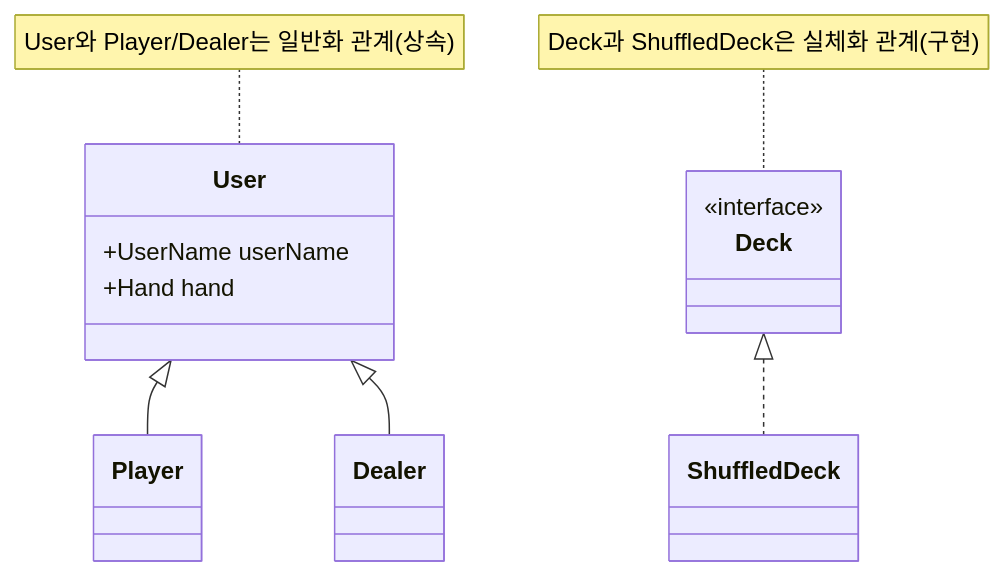
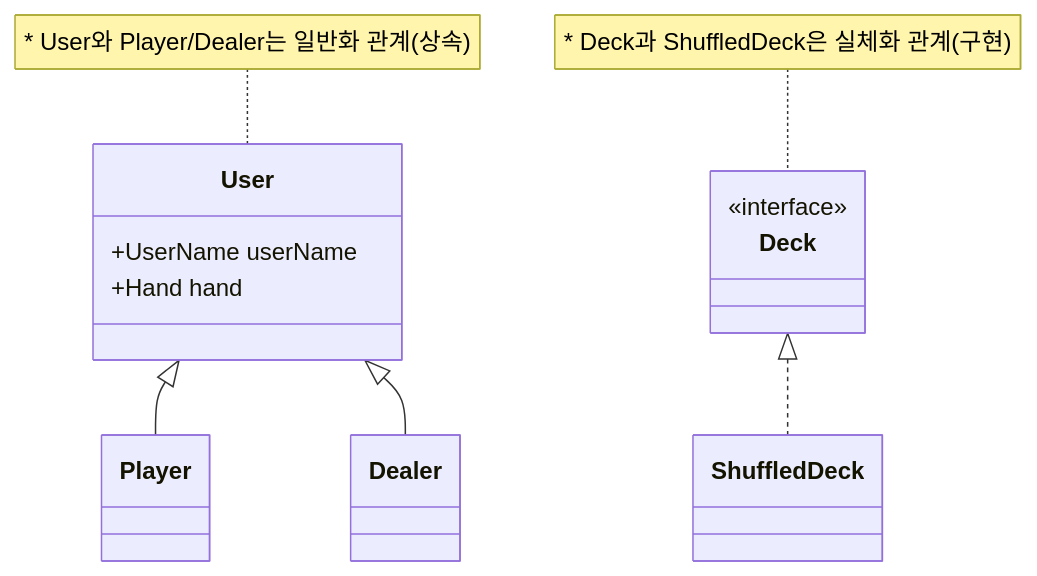
Before and after one commit to woowacourse/java-blackjack: the second of 3 diagrams in README.md, drawn with Mermaid. The commit also changed other lines of this file and 5 other files, not shown here.

````diff
--- a/README.md
+++ b/README.md
@@ -27,13 +27,13 @@
 ```mermaid
 classDiagram
     User <|-- Player
     User <|-- Dealer
     Deck <|.. ShuffledDeck
     <<interface>> Deck
-    note for User "User와 Player/Dealer는 일반화 관계(상속)"
-    note for Deck "Deck과 ShuffledDeck은 실체화 관계(구현)"
+    note for User "* User와 Player/Dealer는 일반화 관계(상속)"
+    note for Deck "* Deck과 ShuffledDeck은 실체화 관계(구현)"
     class User {
         +UserName userName
         +Hand hand
     }
 ```
````
